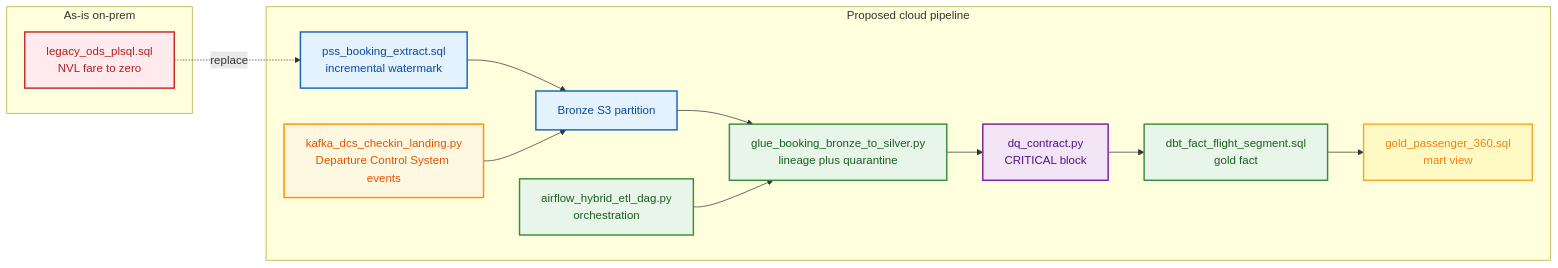
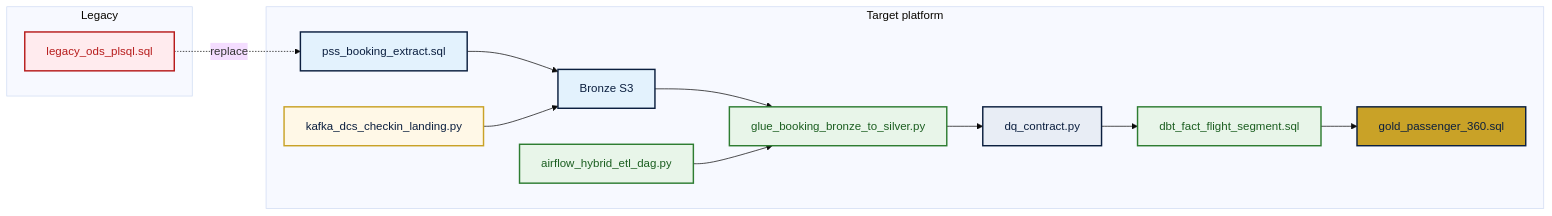
Before and after one commit to willtran112358/airline-domain-data-platform: the fourth of 5 diagrams in README.md, drawn with Mermaid. The commit also changed other lines of this file and 17 other files, not shown here.

````diff
--- a/README.md
+++ b/README.md
@@ -180,30 +180,28 @@
 ```mermaid
+%%{init: {'theme':'base', 'themeVariables': {'fontFamily':'Segoe UI, sans-serif'}}}%%
 flowchart LR
-    classDef legacy fill:#ffebee,stroke:#c62828,stroke-width:2px,color:#b71c1c
-    classDef extract fill:#e3f2fd,stroke:#1565c0,stroke-width:2px,color:#0d47a1
-    classDef transform fill:#e8f5e9,stroke:#388e3c,stroke-width:2px,color:#1b5e20
-    classDef stream fill:#fff8e1,stroke:#ff8f00,stroke-width:2px,color:#e65100
-    classDef dq fill:#f3e5f5,stroke:#7b1fa2,stroke-width:2px,color:#4a148c
-    classDef gold fill:#fff9c4,stroke:#f9a825,stroke-width:2px,color:#f57f17
+    classDef legacy fill:#FFEBEE,stroke:#B71C1C,stroke-width:2px,color:#B71C1C
+    classDef extract fill:#E3F2FD,stroke:#0B1F3F,stroke-width:2px,color:#0B1F3F
+    classDef transform fill:#E8F5E9,stroke:#2E7D32,stroke-width:2px,color:#1B5E20
+    classDef stream fill:#FFF8E7,stroke:#C9A227,stroke-width:2px,color:#0B1F3F
+    classDef dq fill:#E8EDF5,stroke:#0B1F3F,stroke-width:2px,color:#0B1F3F
+    classDef gold fill:#C9A227,stroke:#0B1F3F,stroke-width:2px,color:#0B1F3F
 
-    subgraph asis["As-is on-prem"]
-        LEG["legacy_ods_plsql.sql<br/>NVL fare to zero"]:::legacy
+    subgraph asis["Legacy"]
+        LEG["legacy_ods_plsql.sql"]:::legacy
     end
-
-    subgraph proposed["Proposed cloud pipeline"]
-        EXT["pss_booking_extract.sql<br/>incremental watermark"]:::extract
-        BRZ["Bronze S3 partition"]:::extract
-        SPK["glue_booking_bronze_to_silver.py<br/>lineage plus quarantine"]:::transform
-        STR["kafka_dcs_checkin_landing.py<br/>Departure Control System events"]:::stream
-        AF["airflow_hybrid_etl_dag.py<br/>orchestration"]:::transform
-        DBT["dbt_fact_flight_segment.sql<br/>gold fact"]:::transform
-        DQC["dq_contract.py<br/>CRITICAL block"]:::dq
-        P360["gold_passenger_360.sql<br/>mart view"]:::gold
+    subgraph target["Target platform"]
+        EXT["pss_booking_extract.sql"]:::extract
+        BRZ["Bronze S3"]:::extract
+        SPK["glue_booking_bronze_to_silver.py"]:::transform
+        STR["kafka_dcs_checkin_landing.py"]:::stream
+        AF["airflow_hybrid_etl_dag.py"]:::transform
+        DBT["dbt_fact_flight_segment.sql"]:::transform
+        DQC["dq_contract.py"]:::dq
+        P360["gold_passenger_360.sql"]:::gold
     end
-
     LEG -.->|"replace"| EXT
     EXT --> BRZ --> SPK
     STR --> BRZ
-    AF --> SPK
-    SPK --> DQC --> DBT --> P360
+    AF --> SPK --> DQC --> DBT --> P360
 ```
````
